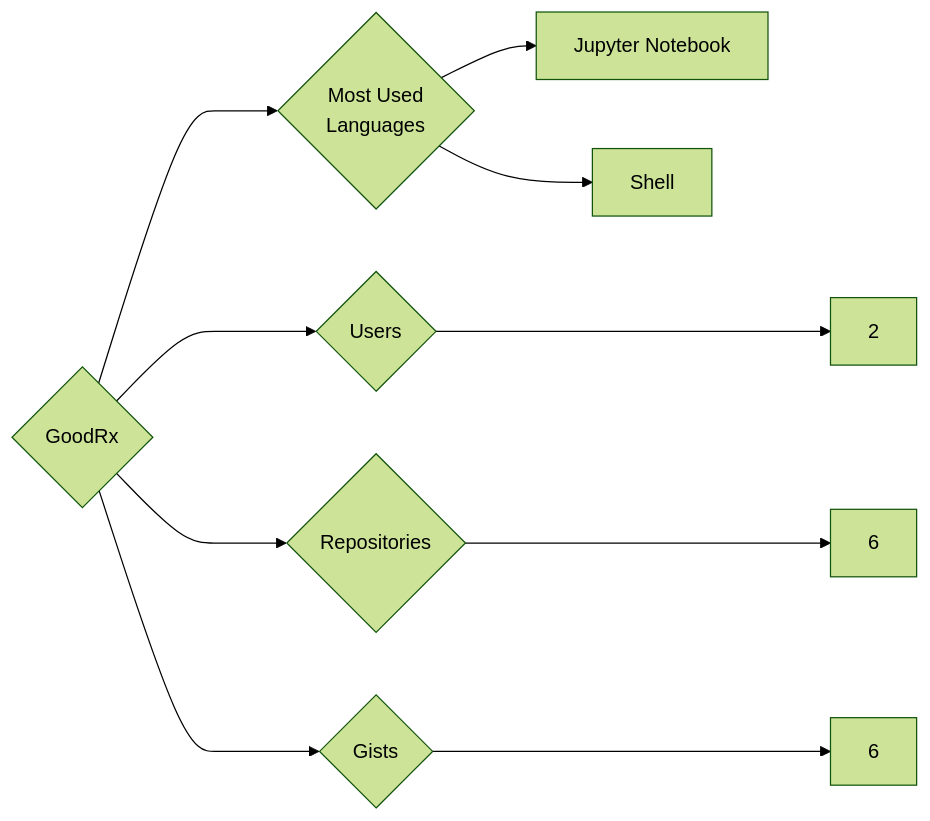
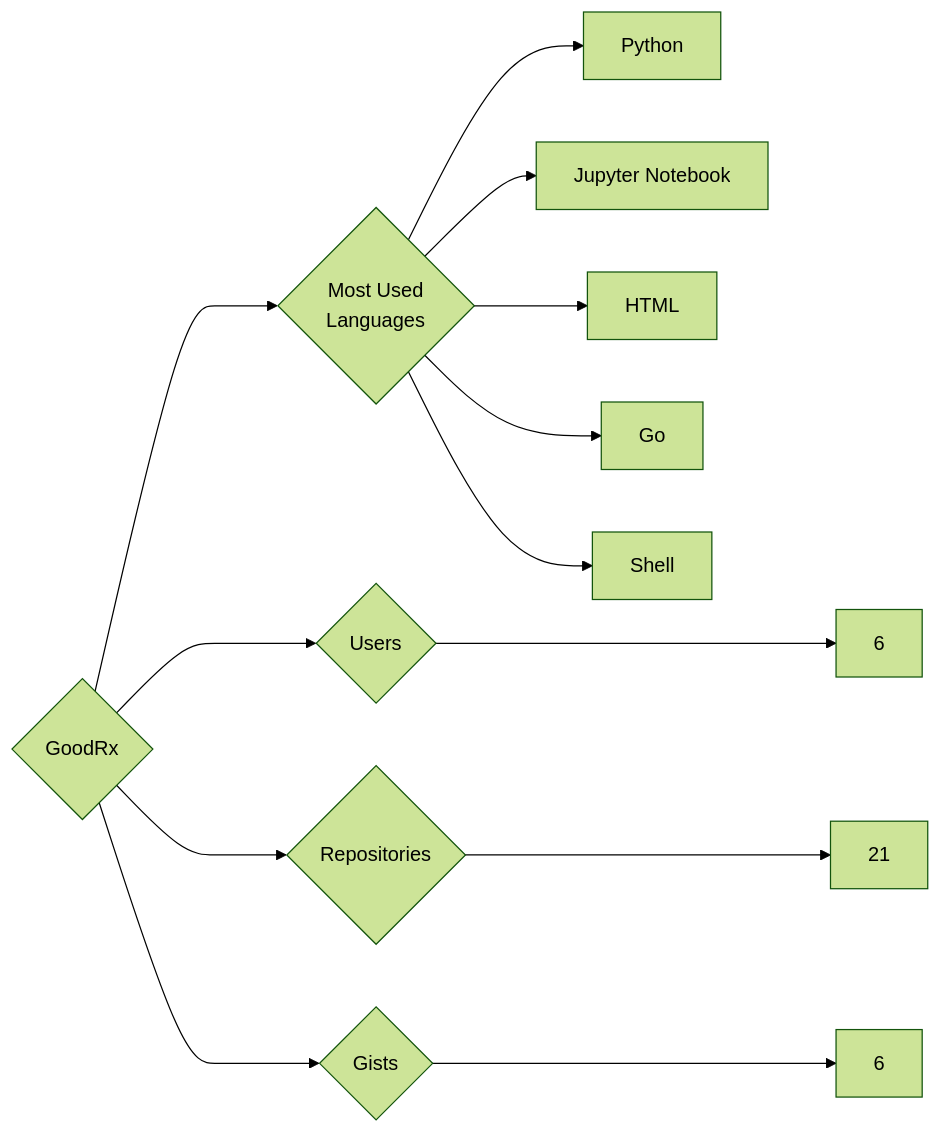
One commit to trickest/insiders changed the diagram in targets/GoodRx/README.md. Above: the diagram before and after it, drawn with Mermaid (forest theme). The commit also changed 1089 other files, not shown here.

````diff
--- a/targets/GoodRx/README.md
+++ b/targets/GoodRx/README.md
@@ -3,10 +3,13 @@
 ```mermaid
 graph LR
 COMPANY_NAME{GoodRx}
-COMPANY_NAME ---> U{Users} ---> UN[2]
-COMPANY_NAME ---> R{Repositories} ---> RN[6]
+COMPANY_NAME ---> U{Users} ---> UN[6]
+COMPANY_NAME ---> R{Repositories} ---> RN[21]
 COMPANY_NAME ---> G{Gists} ---> GN[6]
 COMPANY_NAME ---> ML{Most Used<br>Languages}
+ML --> Python[Python]
 ML --> Jupyter_Notebook[Jupyter Notebook]
+ML --> HTML[HTML]
+ML --> Go[Go]
 ML --> Shell[Shell]
 ```
````
